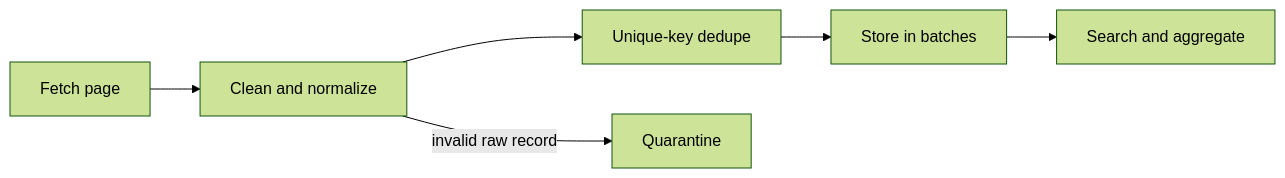
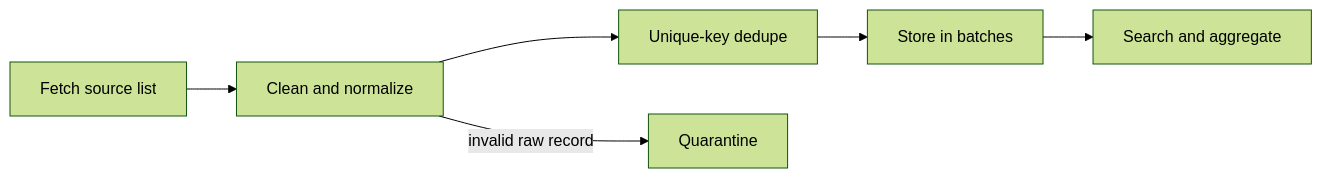
Before and after one commit to Silloh23/Elanco-Backend: the second of 2 diagrams in README.md, drawn with Mermaid (forest theme). The commit also changed other lines of this file and 20 other files, not shown here.

````diff
--- a/README.md
+++ b/README.md
@@ -48,8 +48,8 @@
 ```mermaid
 flowchart LR
-  F[Fetch page] --> CL[Clean and normalize]
+  F[Fetch source list] --> CL[Clean and normalize]
   CL --> D[Unique-key dedupe]
   D --> ST[Store in batches]
   CL -->|invalid raw record| Q[Quarantine]
   ST --> SV[Search and aggregate]
 ```
````
